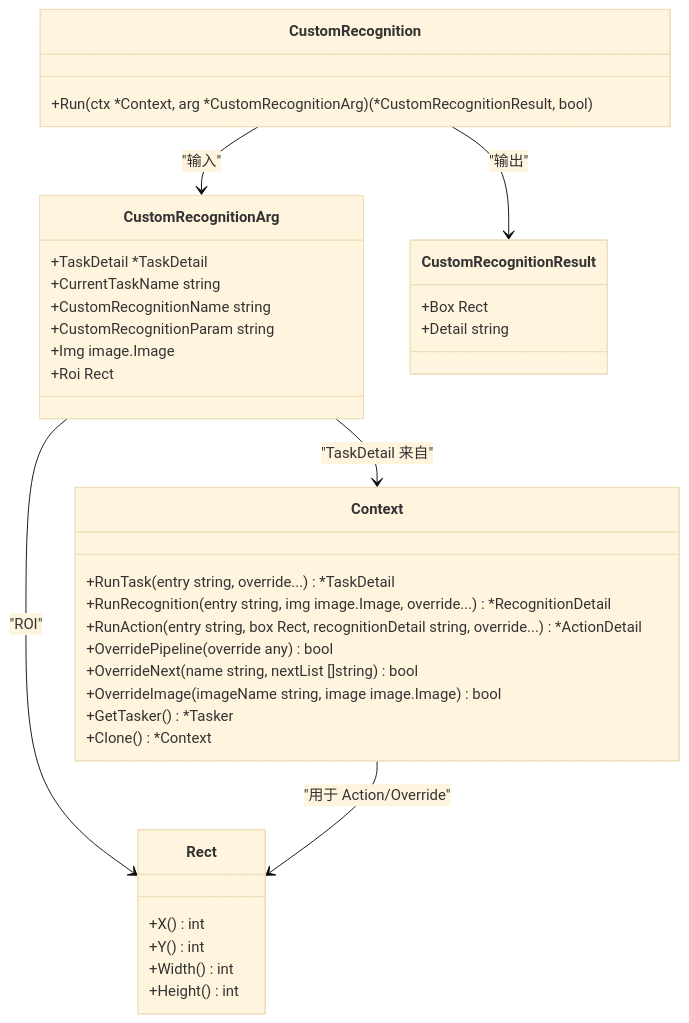
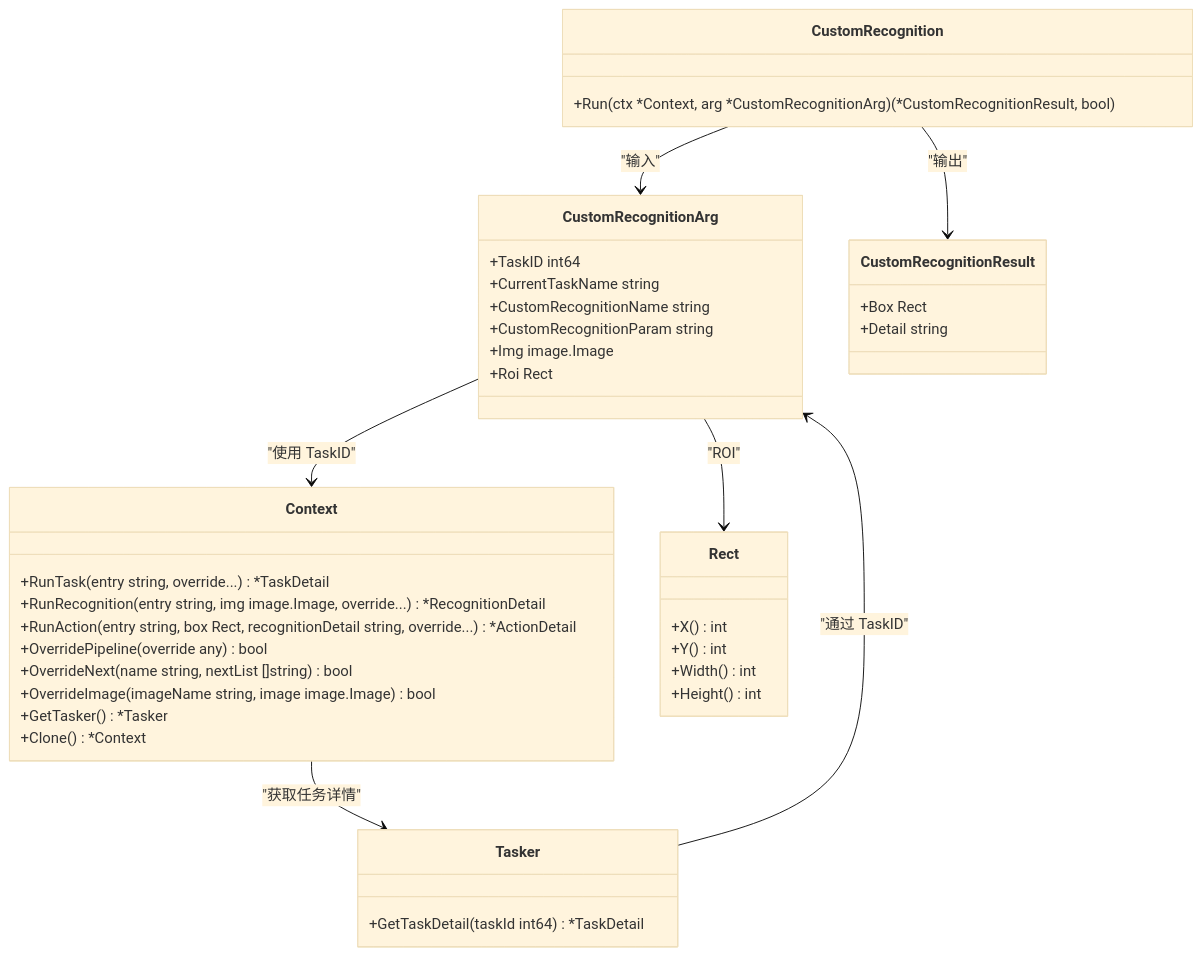
Before and after one commit to kqcoxn/MaaPipelineEditor: the third of 8 diagrams in instructions/maafw-golang-binding/高级功能/自定义识别.md, drawn with Mermaid (base theme). The commit also changed other lines of this file and 7 other files, not shown here.

````diff
--- a/instructions/maafw-golang-binding/高级功能/自定义识别.md
+++ b/instructions/maafw-golang-binding/高级功能/自定义识别.md
@@ -148,39 +170,43 @@
 ```mermaid
 classDiagram
 class CustomRecognition {
 +Run(ctx *Context, arg *CustomRecognitionArg) (*CustomRecognitionResult, bool)
 }
 class CustomRecognitionArg {
-+TaskDetail *TaskDetail
++TaskID int64
 +CurrentTaskName string
 +CustomRecognitionName string
 +CustomRecognitionParam string
 +Img image.Image
 +Roi Rect
 }
 class CustomRecognitionResult {
 +Box Rect
 +Detail string
 }
 class Context {
 +RunTask(entry string, override...) *TaskDetail
 +RunRecognition(entry string, img image.Image, override...) *RecognitionDetail
 +RunAction(entry string, box Rect, recognitionDetail string, override...) *ActionDetail
 +OverridePipeline(override any) bool
 +OverrideNext(name string, nextList []string) bool
 +OverrideImage(imageName string, image image.Image) bool
 +GetTasker() *Tasker
 +Clone() *Context
 }
+class Tasker {
++GetTaskDetail(taskId int64) *TaskDetail
+}
 class Rect {
 +X() int
 +Y() int
 +Width() int
 +Height() int
 }
 CustomRecognition --> CustomRecognitionArg : "输入"
 CustomRecognition --> CustomRecognitionResult : "输出"
-CustomRecognitionArg --> Context : "TaskDetail 来自"
+CustomRecognitionArg --> Context : "使用 TaskID"
 CustomRecognitionArg --> Rect : "ROI"
-Context --> Rect : "用于 Action/Override"
+Context --> Tasker : "获取任务详情"
+Tasker --> CustomRecognitionArg : "通过 TaskID"
 ```
````
